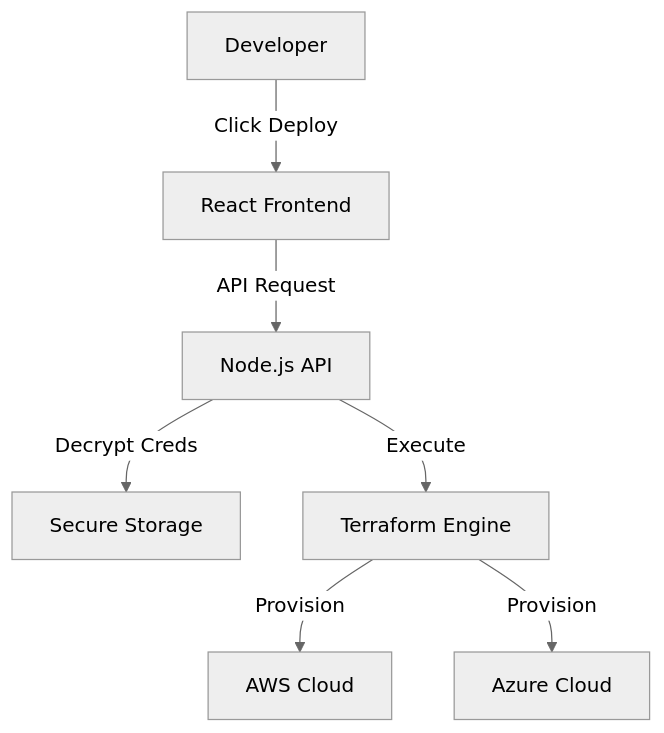
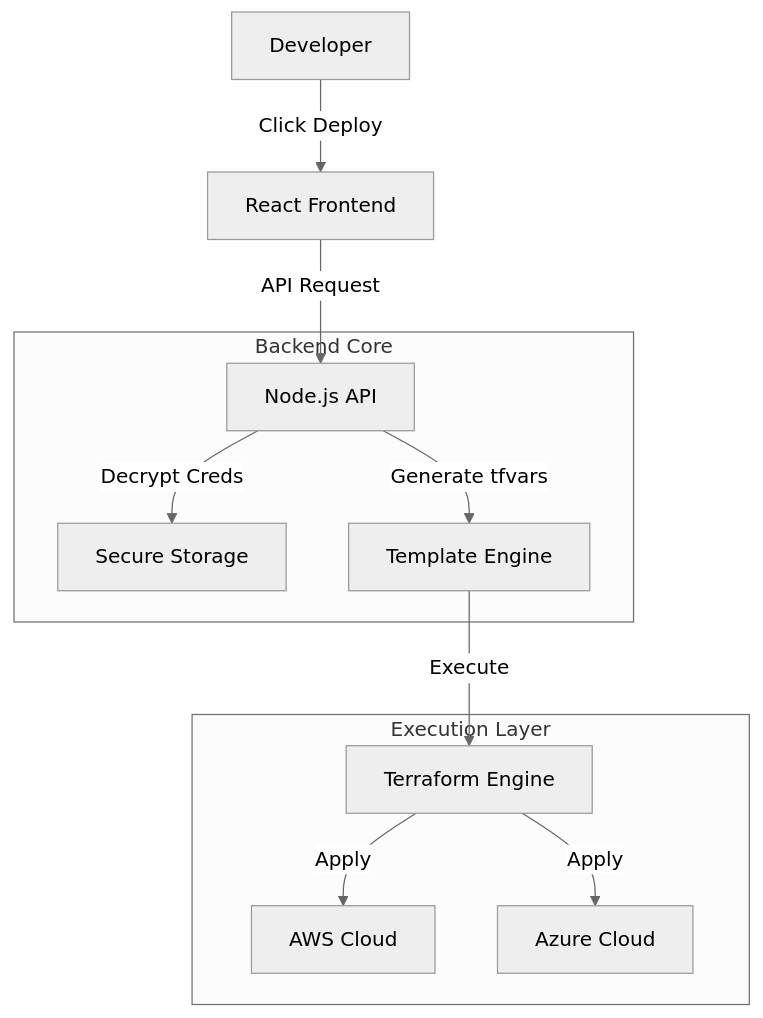
Before and after one commit to davidbenotto/autos-infrastructure: the diagram in README.md, drawn with Mermaid (neutral theme). The commit also changed other lines of this file, not shown here.

Commit message:
docs: Add Project Goals and Architecture sections to README

````diff
--- a/README.md
+++ b/README.md
@@ -52,9 +30,16 @@
 ```mermaid
 graph TD
     User[Developer] -->|Click Deploy| UI[React Frontend]
     UI -->|API Request| API[Node.js API]
-    API -->|Decrypt Creds| Vault[Secure Storage]
-    API -->|Execute| TF[Terraform Engine]
-    TF -->|Provision| AWS[AWS Cloud]
-    TF -->|Provision| Azure[Azure Cloud]
+
+    subgraph "Backend Core"
+        API -->|Decrypt Creds| Vault[Secure Storage]
+        API -->|Generate tfvars| TemplateEng[Template Engine]
+    end
+
+    subgraph "Execution Layer"
+        TemplateEng -->|Execute| TF[Terraform Engine]
+        TF -->|Apply| AWS[AWS Cloud]
+        TF -->|Apply| Azure[Azure Cloud]
+    end
 ```
````
